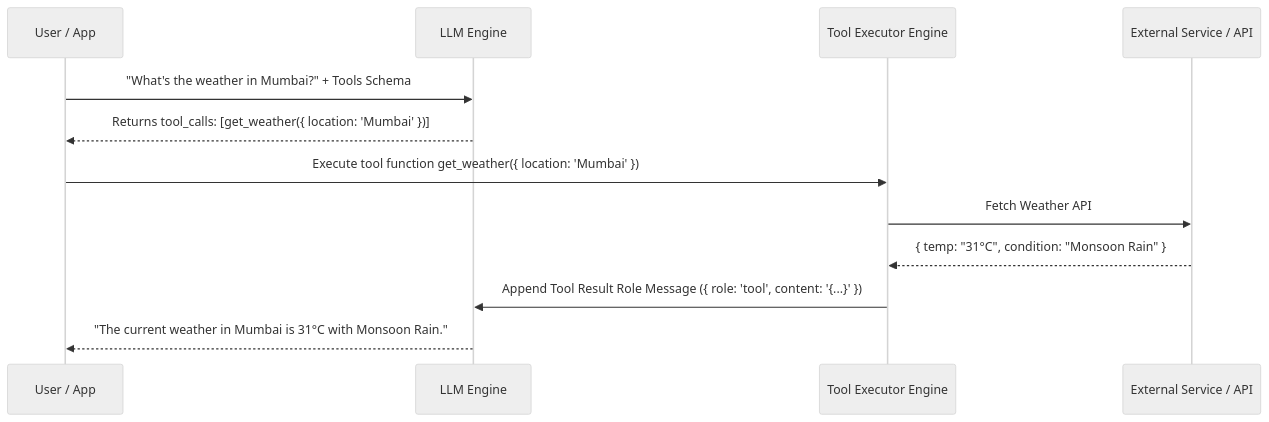
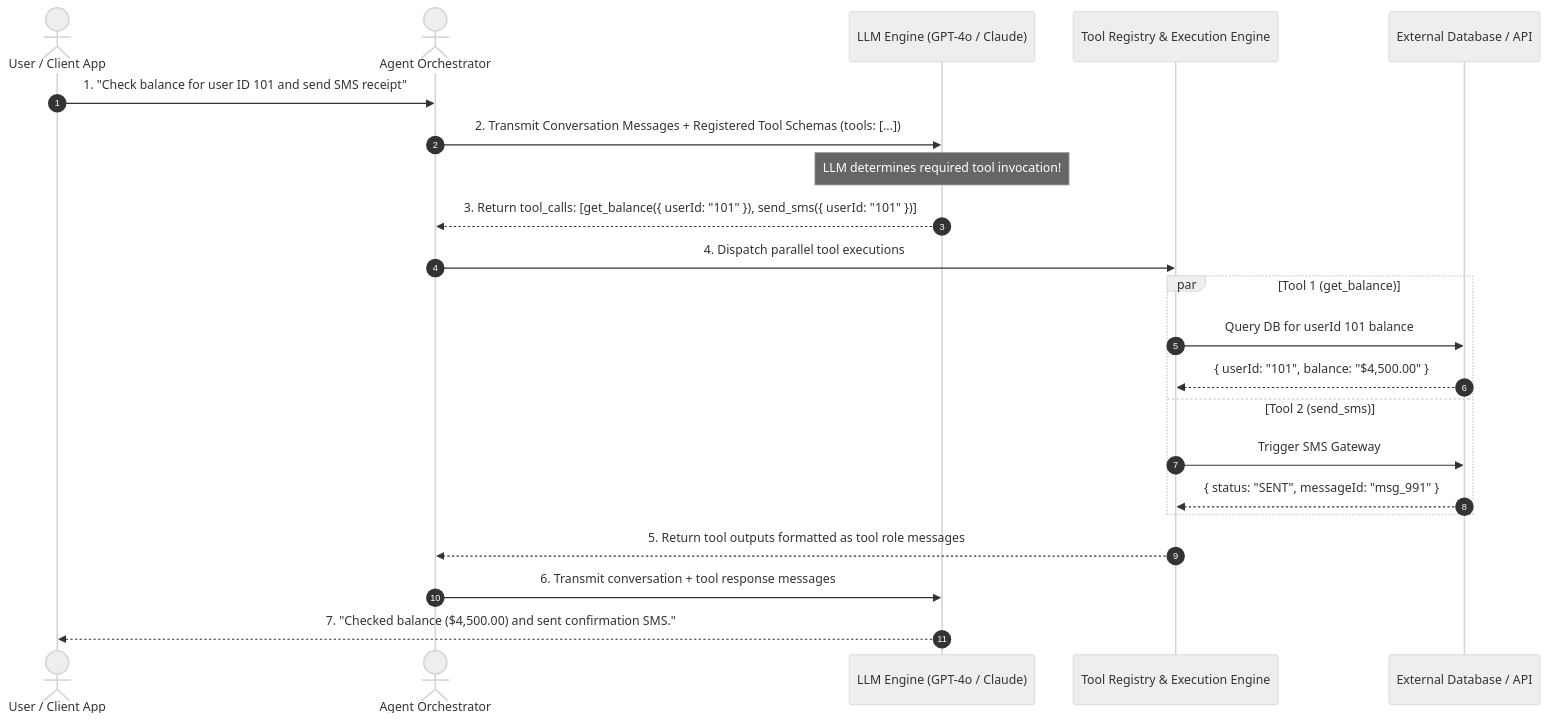
The first of 3 diagrams in agentic-ai-notes/00-foundations/10-tool-calling-and-function-calling.md (Amie-dev/engineering-playbook), drawn with Mermaid (neutral theme) before and after one commit. The commit also changed other lines of this file and 17 other files, not shown here.

Commit message:
Refactor observability and tracing documentation to enhance clarity and detail; expand Model Context Protocol (MCP) architecture with JSON-RPC primitives; update decision framework to emphasize architectural complexity and decision-making processes.

````diff
--- a/agentic-ai-notes/00-foundations/10-tool-calling-and-function-calling.md
+++ b/agentic-ai-notes/00-foundations/10-tool-calling-and-function-calling.md
@@ -10,15 +13,28 @@
 ```mermaid
 sequenceDiagram
-    participant User as User / App
-    participant LLM as LLM Engine
-    participant Executor as Tool Executor Engine
-    participant API as External Service / API
+    autonumber
+    actor User as User / Client App
+    actor Agent as Agent Orchestrator
+    participant LLM as LLM Engine (GPT-4o / Claude)
+    participant Registry as Tool Registry & Execution Engine
+    participant External as External Database / API
 
-    User->>LLM: "What's the weather in Mumbai?" + Tools Schema
-    LLM-->>User: Returns tool_calls: [get_weather({ location: 'Mumbai' })]
-    User->>Executor: Execute tool function get_weather({ location: 'Mumbai' })
-    Executor->>API: Fetch Weather API
-    API-->>Executor: { temp: "31°C", condition: "Monsoon Rain" }
-    Executor->>LLM: Append Tool Result Role Message ({ role: 'tool', content: '{...}' })
-    LLM-->>User: "The current weather in Mumbai is 31°C with Monsoon Rain."
+    User->>Agent: 1. "Check balance for user ID 101 and send SMS receipt"
+    Agent->>LLM: 2. Transmit Conversation Messages + Registered Tool Schemas (tools: [...])
+    
+    note over LLM: LLM determines required tool invocation!
+    LLM-->>Agent: 3. Return tool_calls: [get_balance({ userId: "101" }), send_sms({ userId: "101" })]
+
+    Agent->>Registry: 4. Dispatch parallel tool executions
+    par Tool 1 (get_balance)
+        Registry->>External: Query DB for userId 101 balance
+        External-->>Registry: { userId: "101", balance: "$4,500.00" }
+    and Tool 2 (send_sms)
+        Registry->>External: Trigger SMS Gateway
+        External-->>Registry: { status: "SENT", messageId: "msg_991" }
+    end
+
+    Registry-->>Agent: 5. Return tool outputs formatted as tool role messages
+    Agent->>LLM: 6. Transmit conversation + tool response messages
+    LLM-->>User: 7. "Checked balance ($4,500.00) and sent confirmation SMS."
 ```
````
